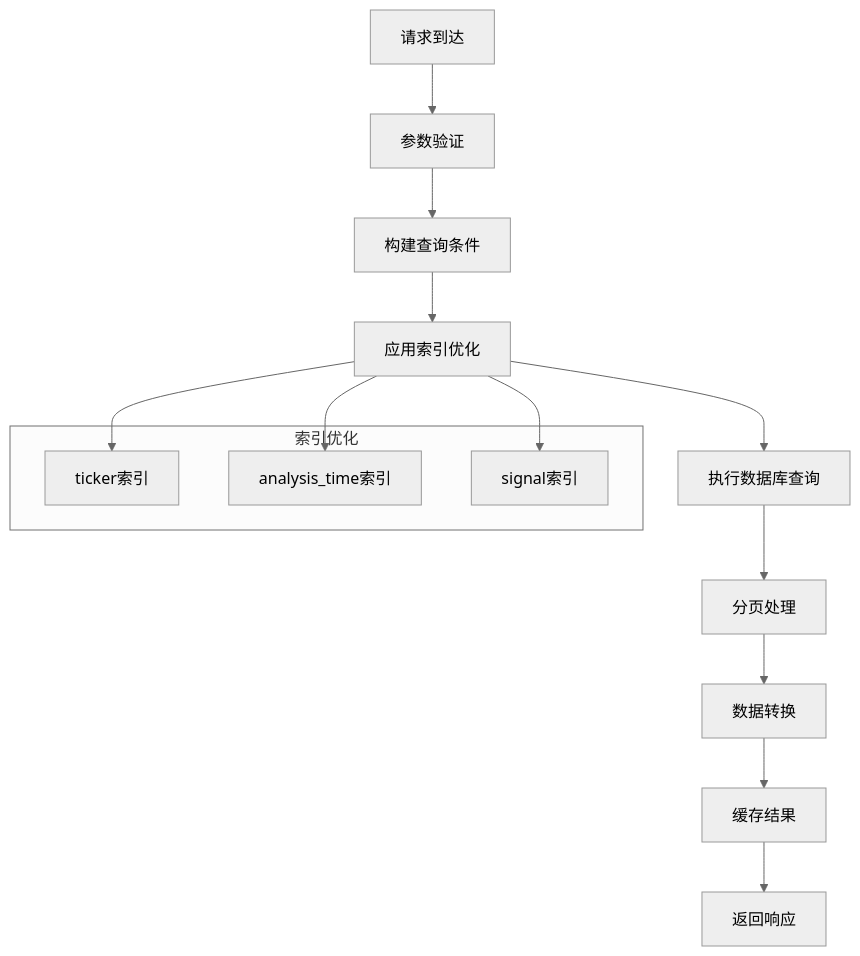
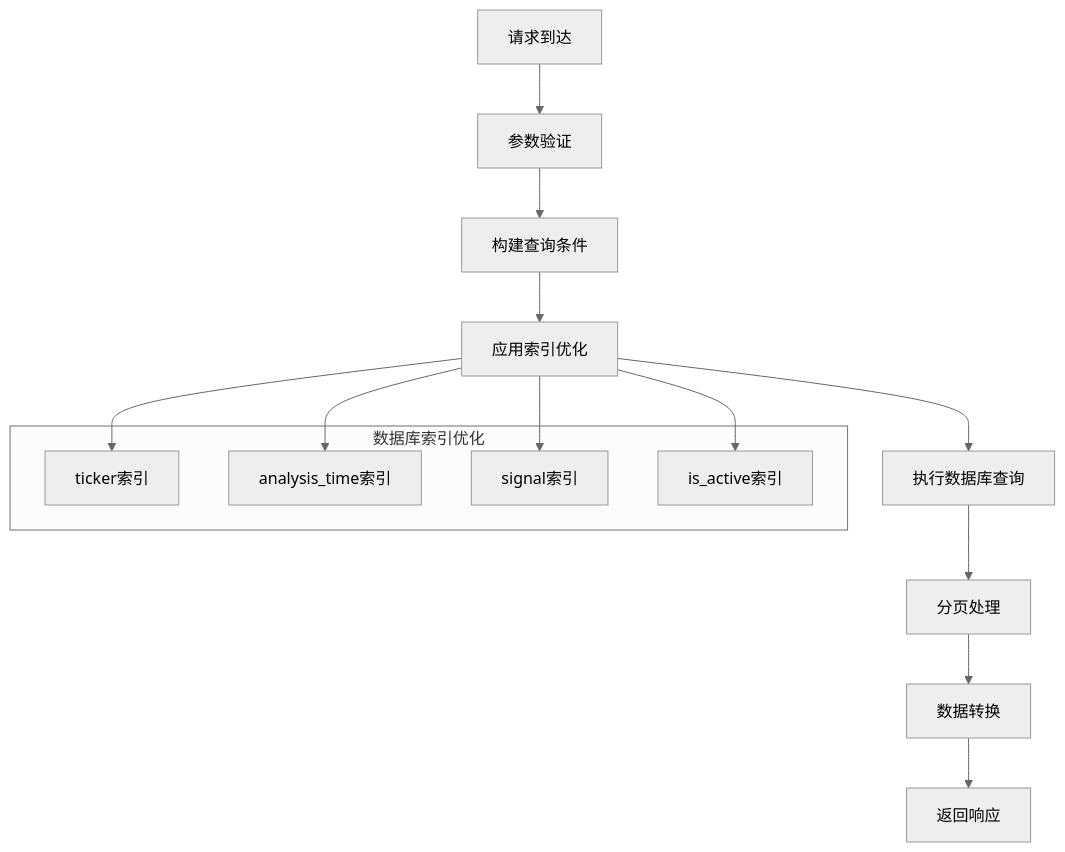
The third of 8 diagrams in .qoder/repowiki/zh/content/API接口文档.md (raymodny-ai/The-Modern-Turtle-Protocol), drawn with Mermaid (neutral theme) before and after one commit. The commit also changed other lines of this file and 15 other files, not shown here.

````diff
--- a/.qoder/repowiki/zh/content/API接口文档.md
+++ b/.qoder/repowiki/zh/content/API接口文档.md
@@ -293,19 +317,20 @@
 ```mermaid
 flowchart TD
 Request[请求到达] --> Validate[参数验证]
 Validate --> BuildQuery[构建查询条件]
 BuildQuery --> ApplyIndex[应用索引优化]
 ApplyIndex --> ExecuteQuery[执行数据库查询]
 ExecuteQuery --> Paginate[分页处理]
 Paginate --> Transform[数据转换]
-Transform --> Cache[缓存结果]
-Cache --> Response[返回响应]
-subgraph "索引优化"
+Transform --> Response[返回响应]
+subgraph "数据库索引优化"
 TickerIdx[ticker索引]
 TimeIdx[analysis_time索引]
 SignalIdx[signal索引]
+ActiveIdx[is_active索引]
 end
 ApplyIndex --> TickerIdx
 ApplyIndex --> TimeIdx
 ApplyIndex --> SignalIdx
+ApplyIndex --> ActiveIdx
 ```
````
